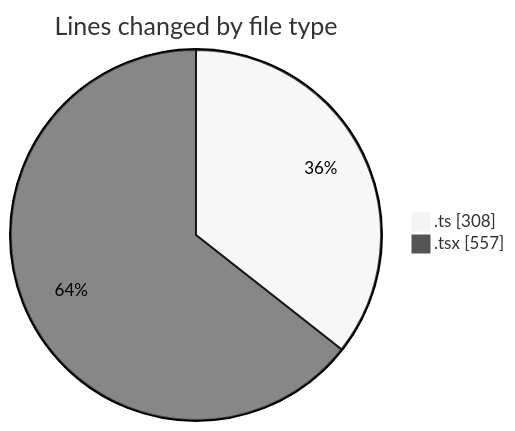
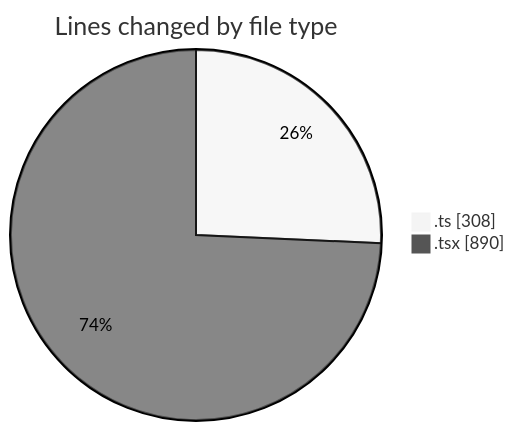
One commit to momahboobian/code-tracking changed the first of 2 diagrams in 2026-09-09/cda/README.md. Above: the diagram before and after it, drawn with Mermaid (neutral theme). The commit also changed other lines of this file and 1 other file, not shown here.

````diff
--- a/2026-09-09/cda/README.md
+++ b/2026-09-09/cda/README.md
@@ -29,6 +29,6 @@
 ```mermaid
 pie showData
 title Lines changed by file type
 ".ts" : 308
-".tsx" : 557
+".tsx" : 890
 ```
````
